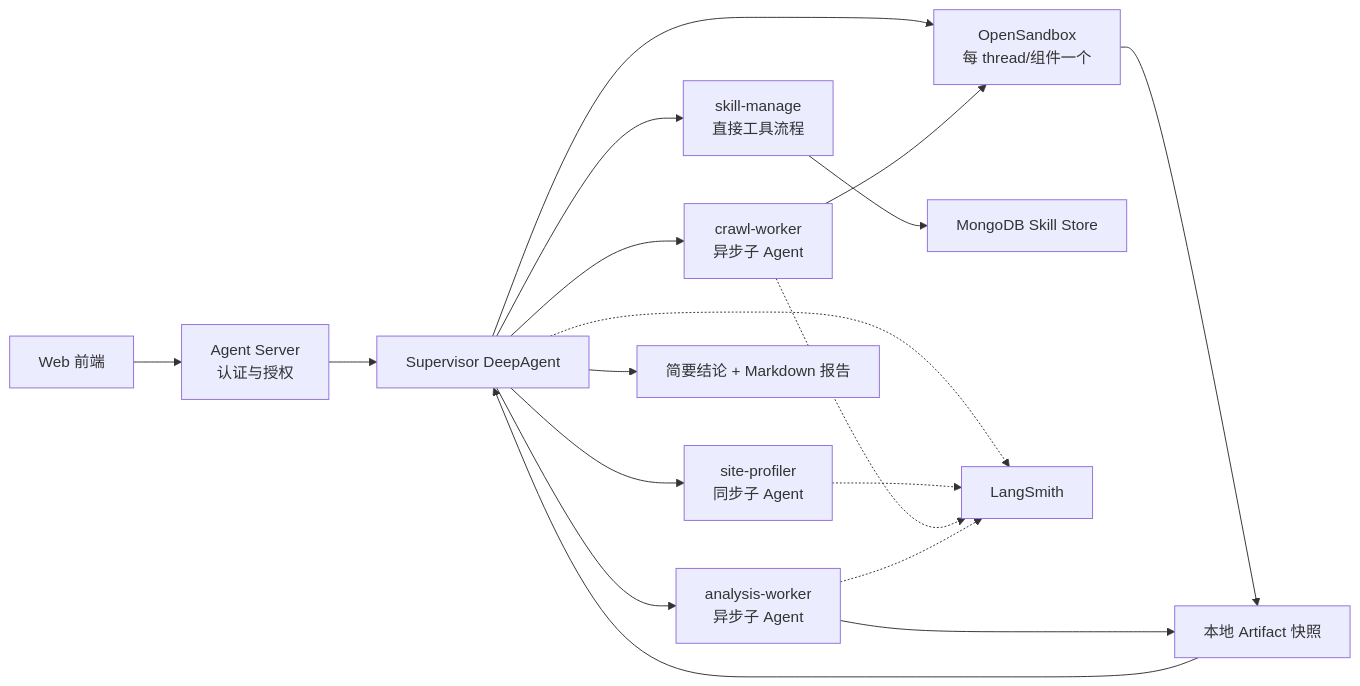
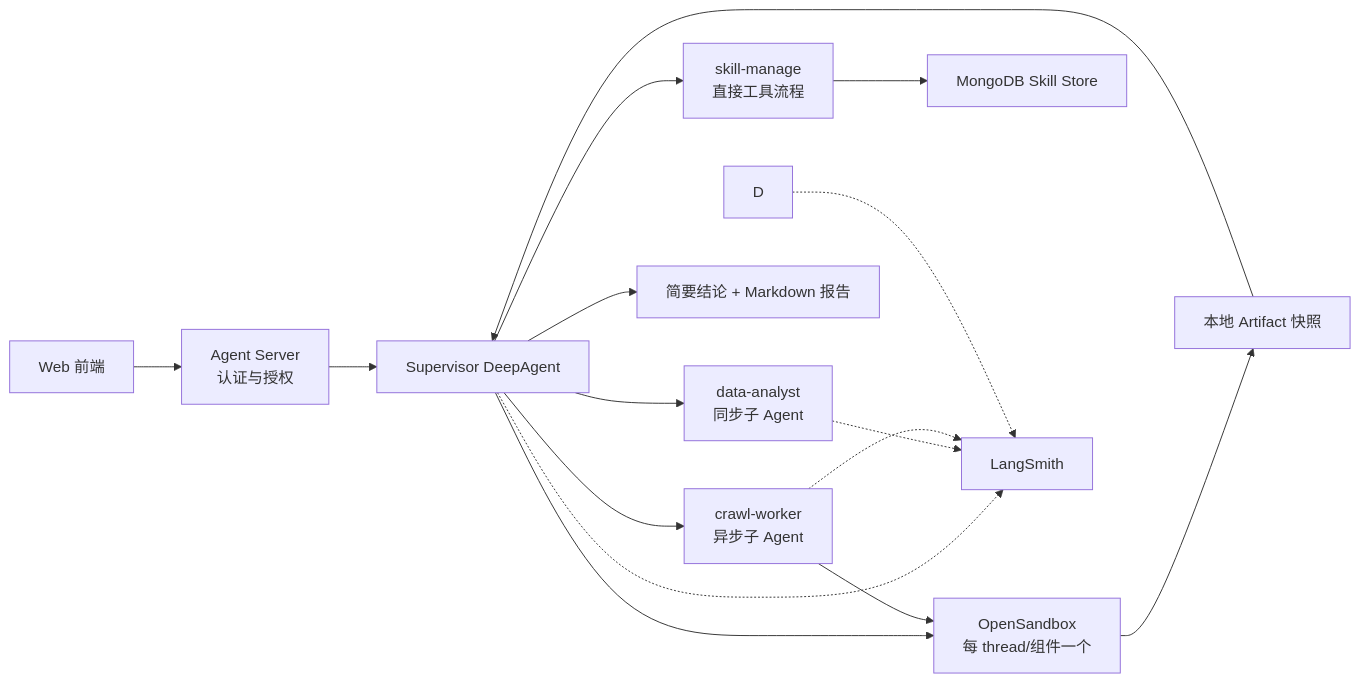
One commit to Master-Q-i-a-n/deep-data-research-agent changed the diagram in docs/design.md. Above: the diagram before and after it, drawn with Mermaid. The commit also changed other lines of this file and 38 other files, not shown here.

````diff
--- a/docs/design.md
+++ b/docs/design.md
@@ -39,20 +39,18 @@
 ```mermaid
 flowchart LR
     U["Web 前端"] --> A["Agent Server<br/>认证与授权"]
     A --> S["Supervisor DeepAgent"]
-    S --> P["site-profiler<br/>同步子 Agent"]
+    S --> P["data-analyst<br/>同步子 Agent"]
     S --> C["crawl-worker<br/>异步子 Agent"]
     S --> K["skill-manage<br/>直接工具流程"]
-    S --> D["analysis-worker<br/>异步子 Agent"]
     S --> X["OpenSandbox<br/>每 thread/组件一个"]
     C --> X
     K --> M["MongoDB Skill Store"]
     X --> O["本地 Artifact 快照"]
-    D --> O
     O --> S
     S --> R["简要结论 + Markdown 报告"]
     S -.-> L["LangSmith"]
     P -.-> L
     C -.-> L
     D -.-> L
 ```
````
